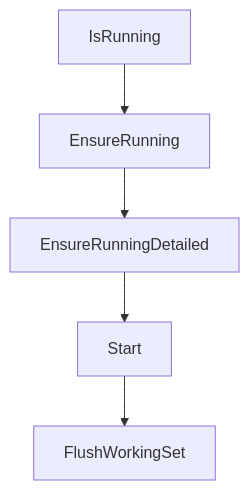
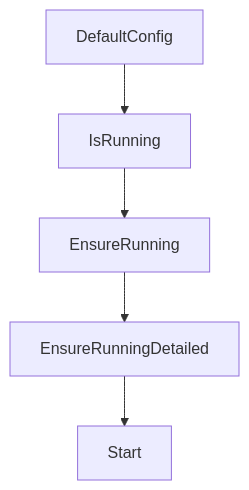
One commit to johnxie/awesome-code-docs changed the diagram in tutorials/beads-tutorial/07-troubleshooting-and-operations.md. Above: the diagram before and after it, drawn with Mermaid. The commit also changed other lines of this file and 1232 other files, not shown here.

````diff
--- a/tutorials/beads-tutorial/07-troubleshooting-and-operations.md
+++ b/tutorials/beads-tutorial/07-troubleshooting-and-operations.md
@@ -211,12 +209,12 @@
 ```mermaid
 flowchart TD
-    A[IsRunning]
-    B[EnsureRunning]
-    C[EnsureRunningDetailed]
-    D[Start]
-    E[FlushWorkingSet]
+    A[DefaultConfig]
+    B[IsRunning]
+    C[EnsureRunning]
+    D[EnsureRunningDetailed]
+    E[Start]
     A --> B
     B --> C
     C --> D
     D --> E
 ```
````
